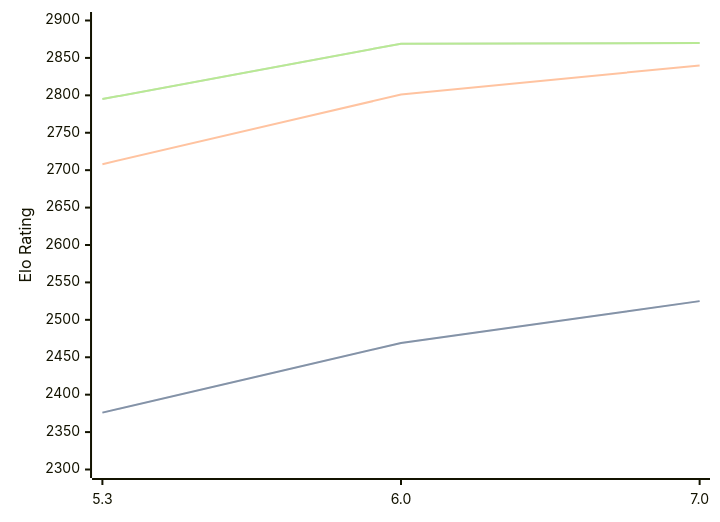
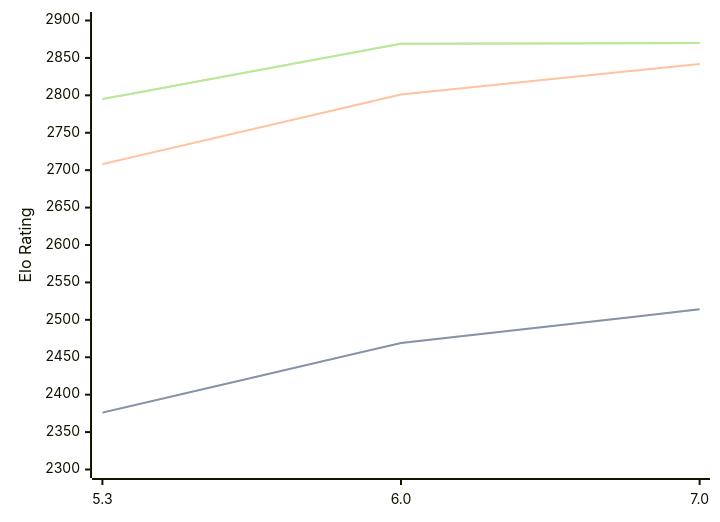
Before and after one commit to computer-chess-index/cci: the third of 3 diagrams in engines/tomitankChess.md, drawn with Mermaid. The commit also changed other lines of this file, not shown here.

````diff
--- a/engines/tomitankChess.md
+++ b/engines/tomitankChess.md
@@ -74,11 +74,11 @@
 ```mermaid
 %%{init: {"theme":"base","themeVariables":{"seriesColors:['#a3a3a3','#222221','#faa371']}}}%%
 xychart-beta
   x-axis ["5.3", "6.0", "7.0"]
   y-axis "Elo Rating" 2300 --> 2900
-  line "STC (8.0+0.08s)" [2376, 2469, 2525]
-  line "STC (8.0+0.08s)" [2376, 2469, 2525]
-  line "LTC (60.0+0.60s)" [2708, 2801, 2840]
+  line "STC (8.0+0.08s)" [2376, 2469, 2514]
+  line "STC (8.0+0.08s)" [2376, 2469, 2514]
+  line "LTC (60.0+0.60s)" [2708, 2801, 2842]
   line "VLTC (2m24s+1.12s)" [2795, 2869, 2870]
   line "VLTC (2m24s+1.12s)" [2795, 2869, 2870]
 ```
````
